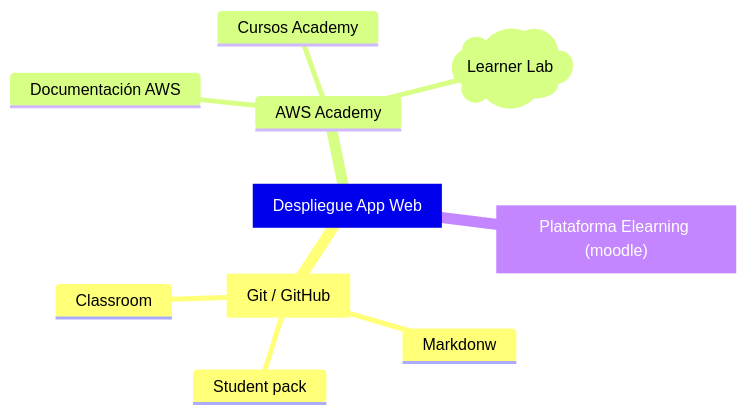
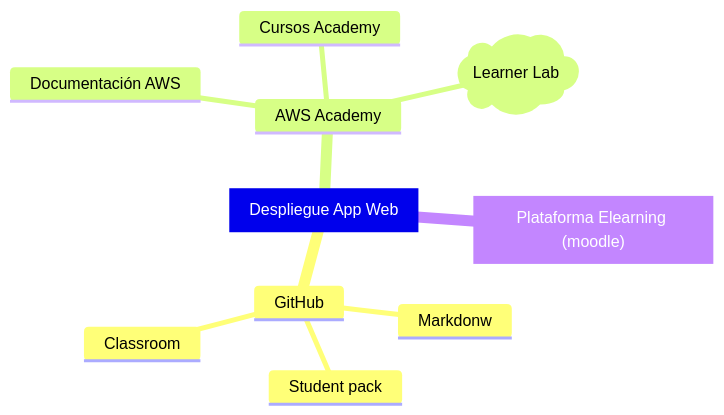
One commit to lmorillas/como-uso-learner-labs changed the first of 2 diagrams in content/home/mapas.md. Above: the diagram before and after it, drawn with Mermaid.

````diff
--- a/content/home/mapas.md
+++ b/content/home/mapas.md
@@ -14,23 +14,24 @@
 ```mermaid
 mindmap
   root[Despliegue App Web]
-    git[Git / GitHub]
+  
+    GitHub
     ::icon(fab fa-git)
       Markdonw
       ::icon(fa-brands fa-markdown)
       Student pack
       ::icon(fa fa-book)
       Classroom
       ::icon(fab fa-github)
         
     AWS Academy
     ::icon(fab fa-aws)
       Documentación AWS
       Cursos Academy
       Learner Lab)Learner Lab(
       ::icon(fa fa-circle-right)
       
     id3["Plataforma Elearning (moodle)"]
     ::icon(fa fa-graduation-cap)
 
 ```
````
